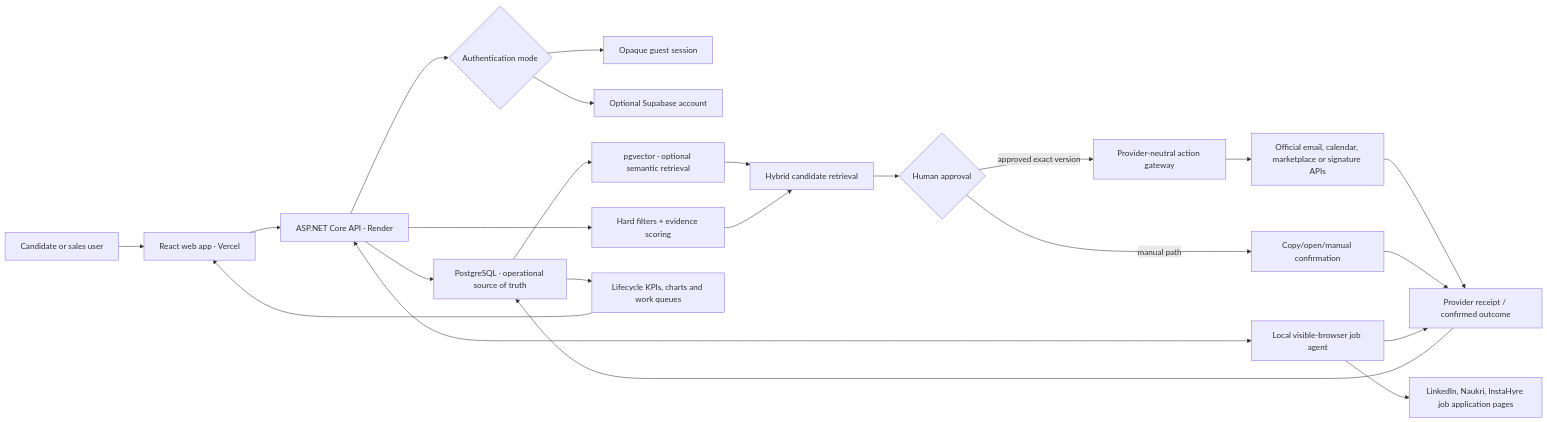
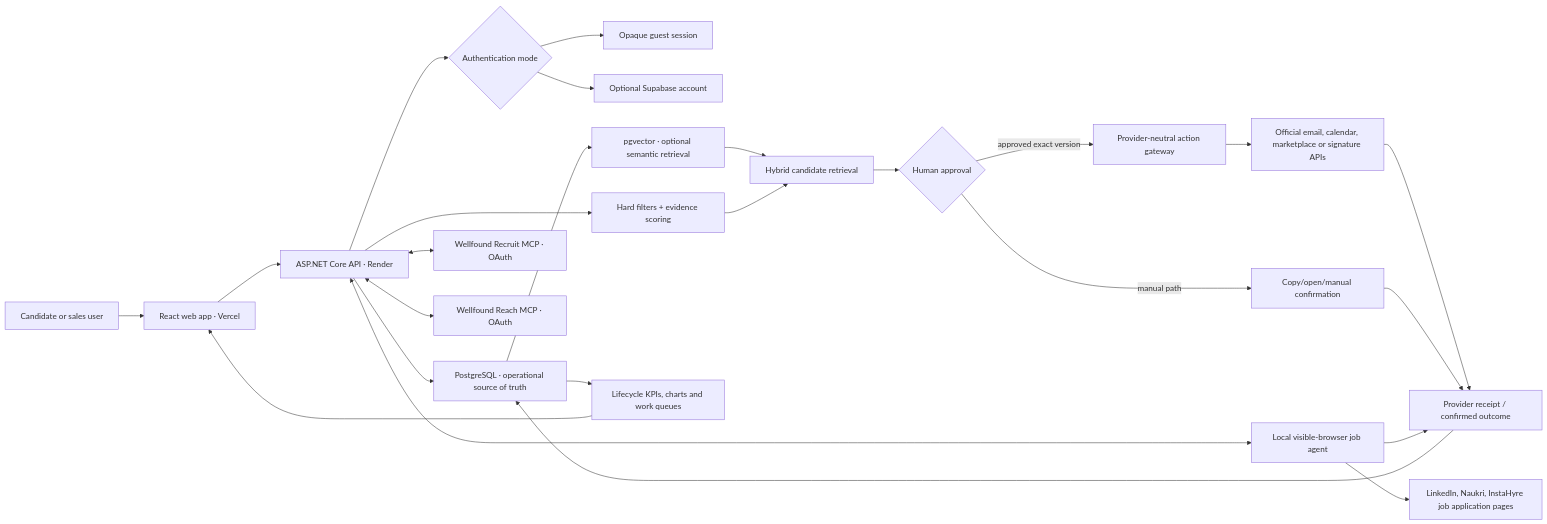
One commit to shr1-live/OpportunityPilotWebApi changed the first of 3 diagrams in docs/PRODUCT_EXECUTION_FLOW.md. Above: the diagram before and after it, drawn with Mermaid. The commit also changed other lines of this file and 26 other files, not shown here.

````diff
--- a/docs/PRODUCT_EXECUTION_FLOW.md
+++ b/docs/PRODUCT_EXECUTION_FLOW.md
@@ -18,25 +18,27 @@
 ```mermaid
 flowchart LR
   person["Candidate or sales user"] --> web["React web app · Vercel"]
   web --> api["ASP.NET Core API · Render"]
   api --> auth{"Authentication mode"}
   auth --> guest["Opaque guest session"]
   auth --> account["Optional Supabase account"]
   api --> db["PostgreSQL · operational source of truth"]
   db --> vector["pgvector · optional semantic retrieval"]
   api --> rules["Hard filters + evidence scoring"]
   vector --> hybrid["Hybrid candidate retrieval"]
   rules --> hybrid
   hybrid --> approval{"Human approval"}
   approval -->|approved exact version| gateway["Provider-neutral action gateway"]
   approval -->|manual path| handoff["Copy/open/manual confirmation"]
   gateway --> providers["Official email, calendar, marketplace or signature APIs"]
   api <--> agent["Local visible-browser job agent"]
+  api <--> wfRecruit["Wellfound Recruit MCP · OAuth"]
+  api <--> wfReach["Wellfound Reach MCP · OAuth"]
   agent --> jobSites["LinkedIn, Naukri, InstaHyre job application pages"]
   providers --> receipts["Provider receipt / confirmed outcome"]
   handoff --> receipts
   agent --> receipts
   receipts --> db
   db --> kpis["Lifecycle KPIs, charts and work queues"]
   kpis --> web
 ```
````
